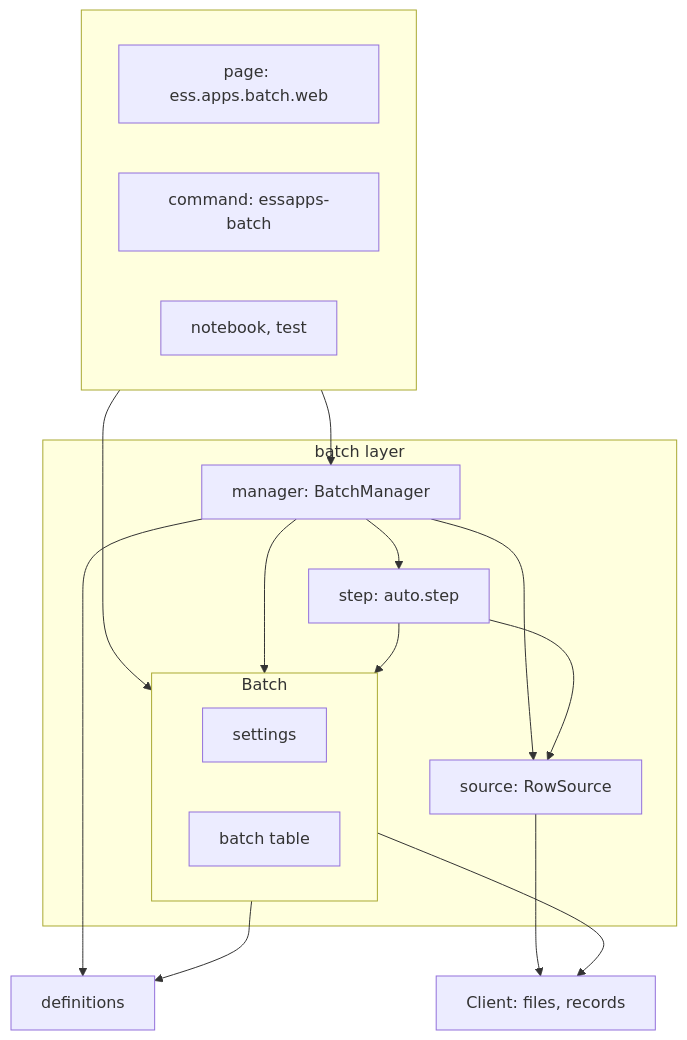
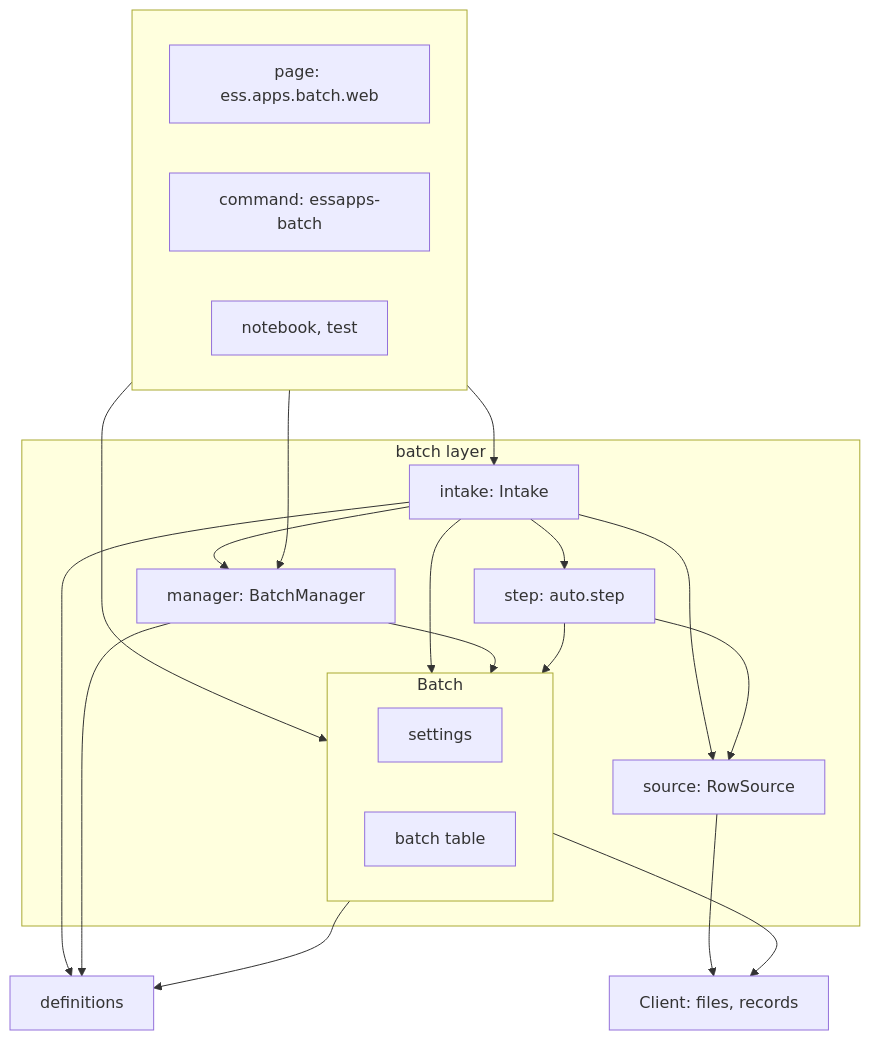
One commit to scipp/essapps changed the first of 5 diagrams in packages/essapps/docs/batch.md. Above: the diagram before and after it, drawn with Mermaid. The commit also changed other lines of this file and 6 other files, not shown here.

First line of the commit message:
Batch guides: the manager knows no row source; Intake brings rows in

````diff
--- a/packages/essapps/docs/batch.md
+++ b/packages/essapps/docs/batch.md
@@ -14,30 +14,35 @@
 ```mermaid
 flowchart TD
     subgraph callers [" "]
         page["page: ess.apps.batch.web"]
         command["command: essapps-batch"]
         notebook["notebook, test"]
     end
     subgraph layer ["batch layer"]
+        intake["intake: Intake"]
         manager["manager: BatchManager"]
         subgraph batch ["Batch"]
             settings
             table["batch table"]
         end
         step["step: auto.step"]
         source["source: RowSource"]
     end
     definitions["definitions"]
     client["Client: files, records"]
     callers --> batch
     callers --> manager
+    callers --> intake
+    intake --> manager
+    intake --> step
+    intake --> source
+    intake --> batch
+    intake --> definitions
     manager --> batch
-    manager --> step
-    manager --> source
     manager --> definitions
     step --> batch
     step --> source
     batch --> definitions
     batch --> client
     source --> client
 ```
````
